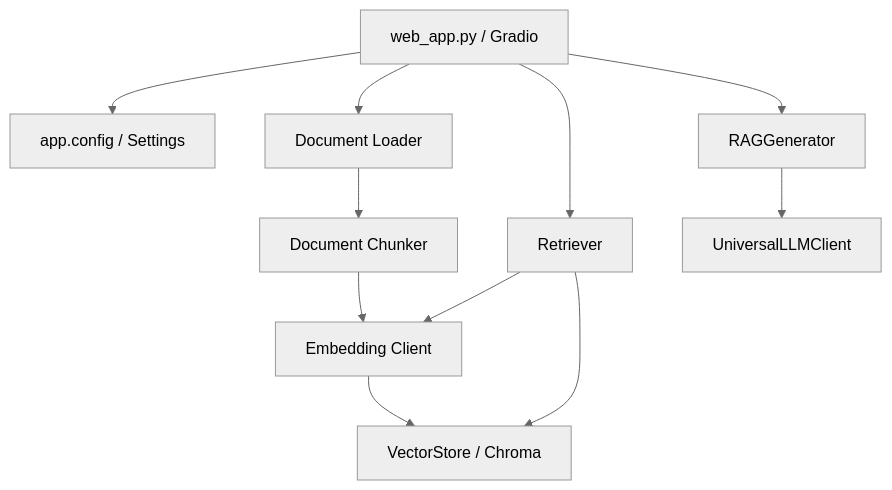
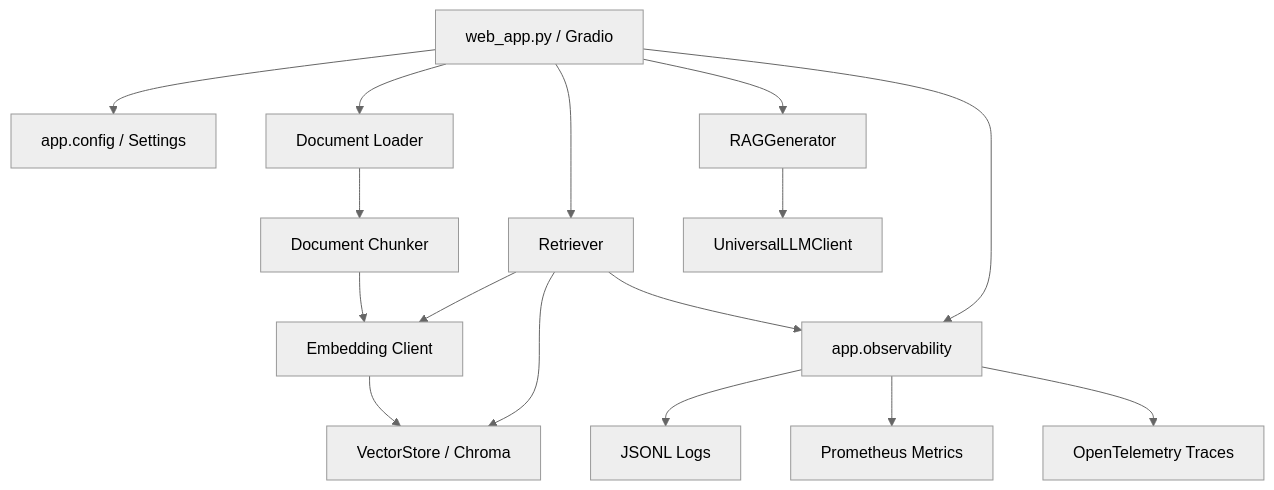
The diagram in ARCHITECTURE.md (Zhou-Jin-Feng/DocuMind), drawn with Mermaid (neutral theme) before and after one commit. The commit also changed other lines of this file and 26 other files, not shown here.

````diff
--- a/ARCHITECTURE.md
+++ b/ARCHITECTURE.md
@@ -5,13 +5,18 @@
 ```mermaid
 flowchart TD
     UI["web_app.py / Gradio"] --> CFG["app.config / Settings"]
     UI --> LOAD["Document Loader"]
     LOAD --> CHUNK["Document Chunker"]
     CHUNK --> EMB["Embedding Client"]
     EMB --> VS["VectorStore / Chroma"]
     UI --> RET["Retriever"]
     RET --> EMB
     RET --> VS
     UI --> GEN["RAGGenerator"]
     GEN --> LLM["UniversalLLMClient"]
+    UI --> OBS["app.observability"]
+    RET --> OBS
+    OBS --> LOG["JSONL Logs"]
+    OBS --> MET["Prometheus Metrics"]
+    OBS --> TRACE["OpenTelemetry Traces"]
 ```
````
